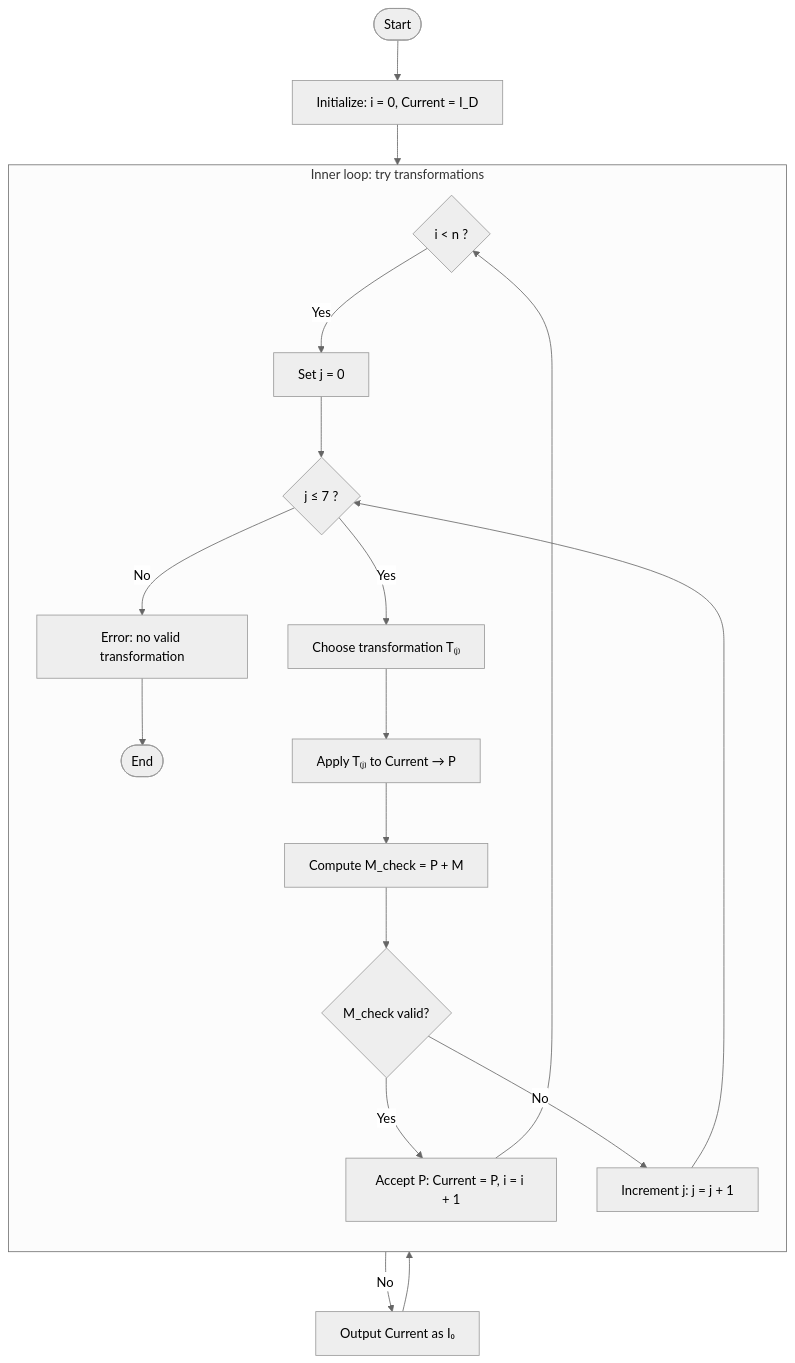
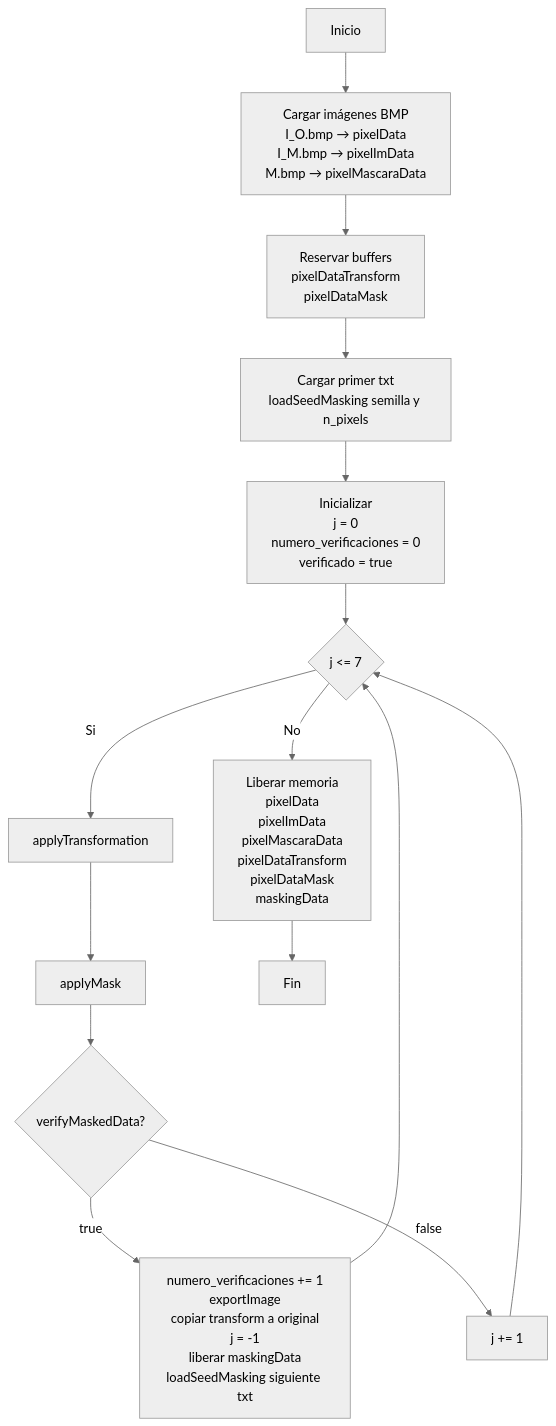
Before and after one commit to cdanielrua/challengeDecryptImageBMP: the diagram in codigoDiagramaFlujo.mmd, drawn with Mermaid (neutral theme). The commit also changed 1 other file, not shown here.

Commit message:
Actualice el diagrama de flujo

```diff
--- a/codigoDiagramaFlujo.mmd
+++ b/codigoDiagramaFlujo.mmd
@@ -1,25 +1,15 @@
 flowchart TD
-  %% Inicio
-  A([Start]) 
-    --> B[Initialize: i = 0, Current = I_D]
-
-  %% Bucle principal: i < n ?
-  B --> C{ i < n ? }
-  C -- No --> D[Output Current as I₀] --> E([End])
-
-  %% Antes de probar transformaciones, inicializar índice j
-  C -- Yes --> F[Set j = 0]
-
-  %% Bucle interno: probar cada transformación
-  subgraph InnerLoop ["Inner loop: try transformations"]
-    direction TB
-    F --> G{ j ≤ 7 ? }
-    G -- No --> H[Error: no valid transformation] --> E
-
-    G -- Yes --> I[Choose transformation T₍ⱼ₎]
-    I --> J[Apply T₍ⱼ₎ to Current → P]
-    J --> K[Compute M_check = P + M]
-    K --> L{ M_check valid? }
-    L -- Yes --> M[Accept P: Current = P, i = i + 1] --> C
-    L -- No --> N[Increment j: j = j + 1] --> G
-  end
+    A[Inicio] --> B[Cargar imágenes BMP<br/>I_O.bmp → pixelData<br/>I_M.bmp → pixelImData<br/>M.bmp → pixelMascaraData]
+    B --> C[Reservar buffers<br/>pixelDataTransform<br/>pixelDataMask]
+    C --> D[Cargar primer txt<br/>loadSeedMasking semilla y n_pixels]
+    D --> E[Inicializar<br/>j = 0<br/>numero_verificaciones = 0<br/>verificado = true]
+    E --> F{j &lt;= 7}
+    F -- Si --> G[applyTransformation]
+    G --> H[applyMask]
+    H --> I{verifyMaskedData?}
+    I -- true --> J[numero_verificaciones += 1<br/>exportImage<br/>copiar transform a original<br/>j = -1<br/>liberar maskingData<br/>loadSeedMasking siguiente txt]
+    J --> F
+    I -- false --> K[j += 1]
+    K --> F
+    F -- No --> L[Liberar memoria<br/>pixelData<br/>pixelImData<br/>pixelMascaraData<br/>pixelDataTransform<br/>pixelDataMask<br/>maskingData]
+    L --> M[Fin]
```
